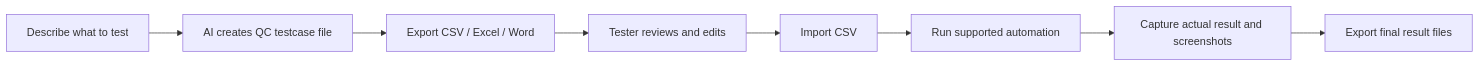
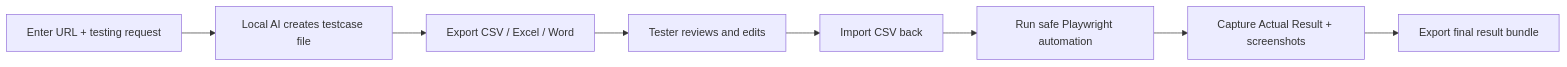
The diagram in README.md (Mavis-TETRA/passmark-testops), drawn with Mermaid before and after one commit. The commit also changed other lines of this file and 4 other files, not shown here.

````diff
--- a/README.md
+++ b/README.md
@@ -39,10 +58,10 @@
 ```mermaid
 flowchart LR
-  A["Describe what to test"] --> B["AI creates QC testcase file"]
+  A["Enter URL + testing request"] --> B["Local AI creates testcase file"]
   B --> C["Export CSV / Excel / Word"]
   C --> D["Tester reviews and edits"]
-  D --> E["Import CSV"]
-  E --> F["Run supported automation"]
-  F --> G["Capture actual result and screenshots"]
-  G --> H["Export final result files"]
+  D --> E["Import CSV back"]
+  E --> F["Run safe Playwright automation"]
+  F --> G["Capture Actual Result + screenshots"]
+  G --> H["Export final result bundle"]
 ```
````
